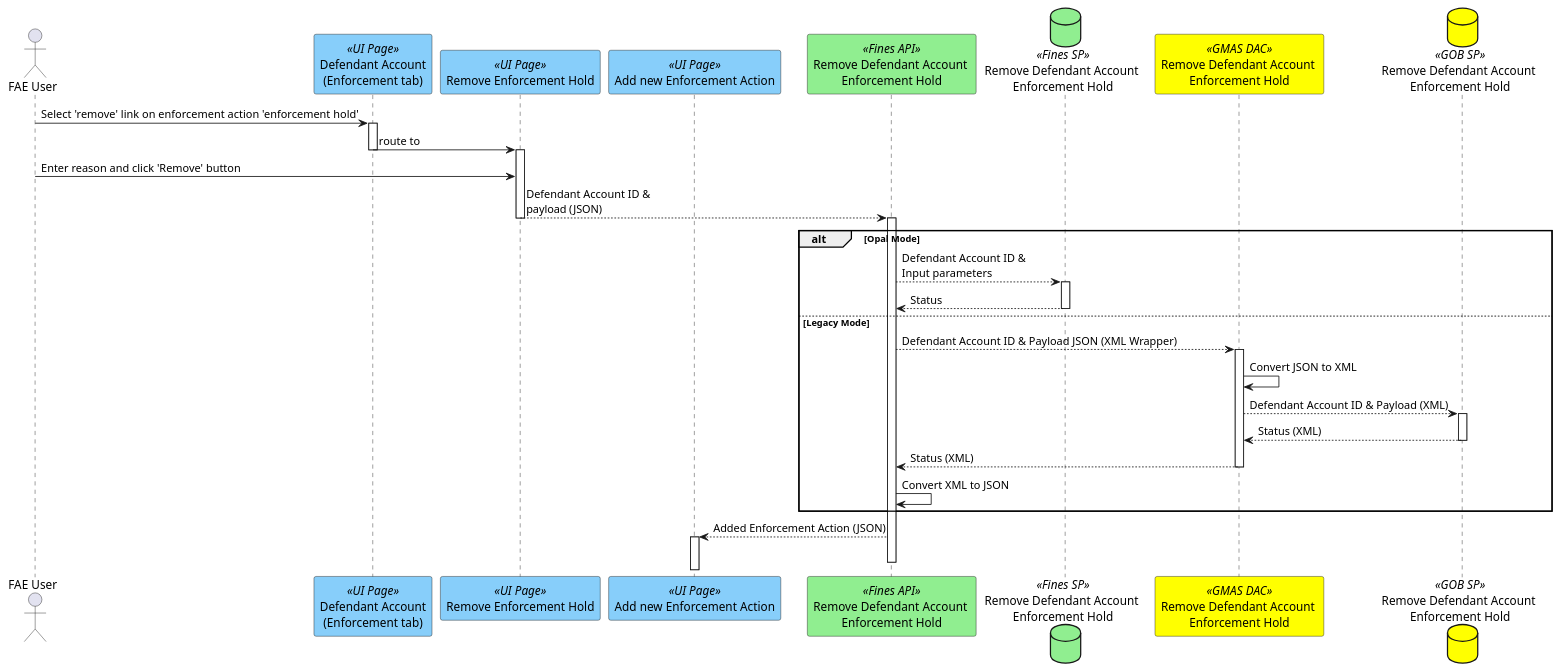
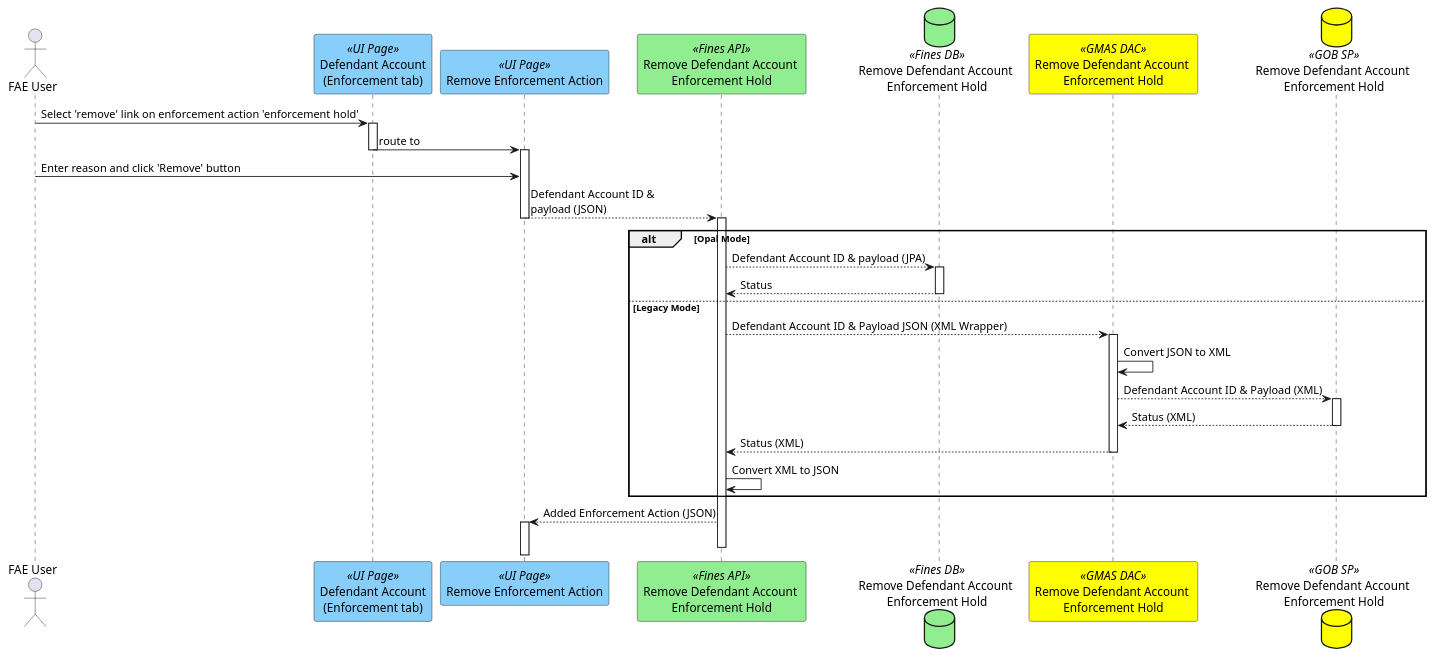
The diagram in plantUML/fae-enforcement/fae-enforcement-tab-remove-hold.puml (hmcts/opal-docs), drawn with PlantUML before and after one commit. The commit also changed 1 other file, not shown here.

Commit message:
enforcement actions and remove hold

```diff
--- a/plantUML/fae-enforcement/fae-enforcement-tab-remove-hold.puml
+++ b/plantUML/fae-enforcement/fae-enforcement-tab-remove-hold.puml
@@ -1,26 +1,25 @@
 @startuml
 actor "FAE User" as user
 participant "Defendant Account\n(Enforcement tab)" as page <<UI Page>> #lightskyblue
-participant "Remove Enforcement Hold" as remenfpage <<UI Page>> #lightskyblue
-participant "Add new Enforcement Action" as addenfpage <<UI Page>> #lightskyblue
+participant "Remove Enforcement Action" as remenfpage <<UI Page>> #lightskyblue
 participant "Remove Defendant Account \nEnforcement Hold" as remenfapi <<Fines API>> #lightgreen
-database "Remove Defendant Account \nEnforcement Hold" as remenfsp <<Fines SP>>  #lightgreen
+database "Remove Defendant Account \nEnforcement Hold" as remenfsp <<Fines DB>>  #lightgreen
 participant "Remove Defendant Account \nEnforcement Hold" as gmasdac <<GMAS DAC>> #yellow
 database "Remove Defendant Account \nEnforcement Hold" as gobdb <<GOB SP>> #yellow
 user -> page ++: Select 'remove' link on enforcement action 'enforcement hold'
 page -> remenfpage --++: route to
 user -> remenfpage : Enter reason and click 'Remove' button
 remenfpage --> remenfapi --++: Defendant Account ID & \npayload (JSON)
 alt Opal Mode
-remenfapi --> remenfsp ++: Defendant Account ID & \nInput parameters
+remenfapi --> remenfsp ++: Defendant Account ID & payload (JPA)
 remenfapi <-- remenfsp --: Status
 else Legacy Mode
 remenfapi --> gmasdac ++: Defendant Account ID & Payload JSON (XML Wrapper)
 gmasdac -> gmasdac: Convert JSON to XML
 gmasdac --> gobdb ++: Defendant Account ID & Payload (XML)
 gobdb --> gmasdac --: Status (XML)
 gmasdac --> remenfapi --: Status (XML)
 remenfapi -> remenfapi: Convert XML to JSON
 end
-addenfpage <-- remenfapi ++--: Added Enforcement Action (JSON)
+remenfpage <-- remenfapi ++--: Added Enforcement Action (JSON)
 @enduml
```
